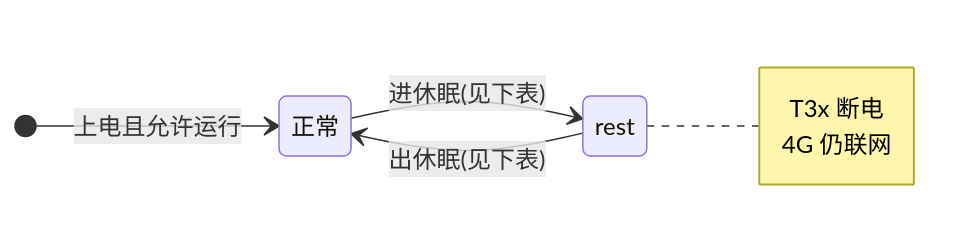
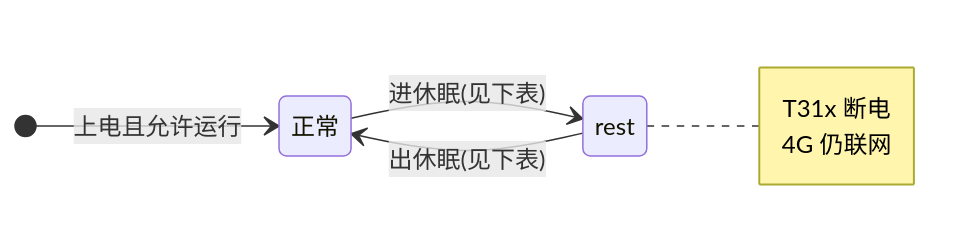
Before and after one commit to dzr1986/AIR780EHM: the first of 5 diagrams in doc/LOW_BATTERY_AND_LOW_POWER.md, drawn with Mermaid. The commit also changed other lines of this file and 402 other files, not shown here.

````diff
--- a/doc/LOW_BATTERY_AND_LOW_POWER.md
+++ b/doc/LOW_BATTERY_AND_LOW_POWER.md
@@ -30,12 +30,12 @@
 ```mermaid
 stateDiagram-v2
     direction LR
     [*] --> 正常: 上电且允许运行
     正常 --> rest: 进休眠(见下表)
     rest --> 正常: 出休眠(见下表)
 
     note right of rest
-        T3x 断电
+        T31x 断电
         4G 仍联网
     end note
 ```
````
